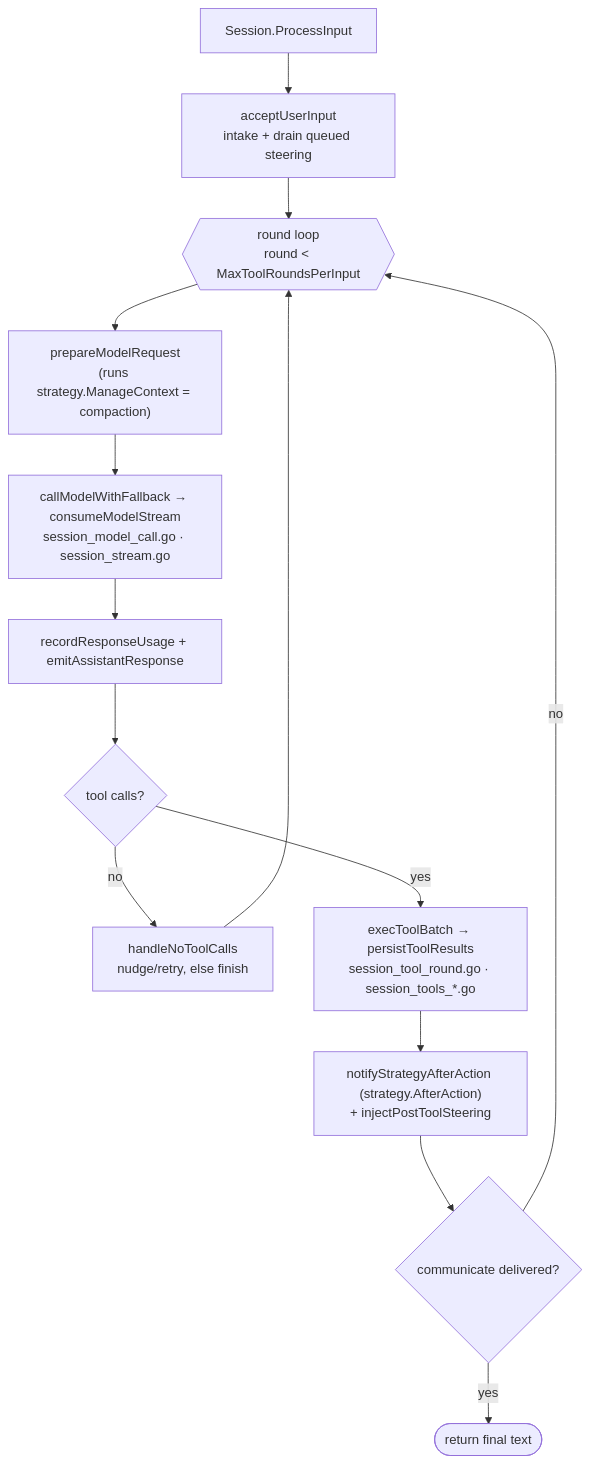
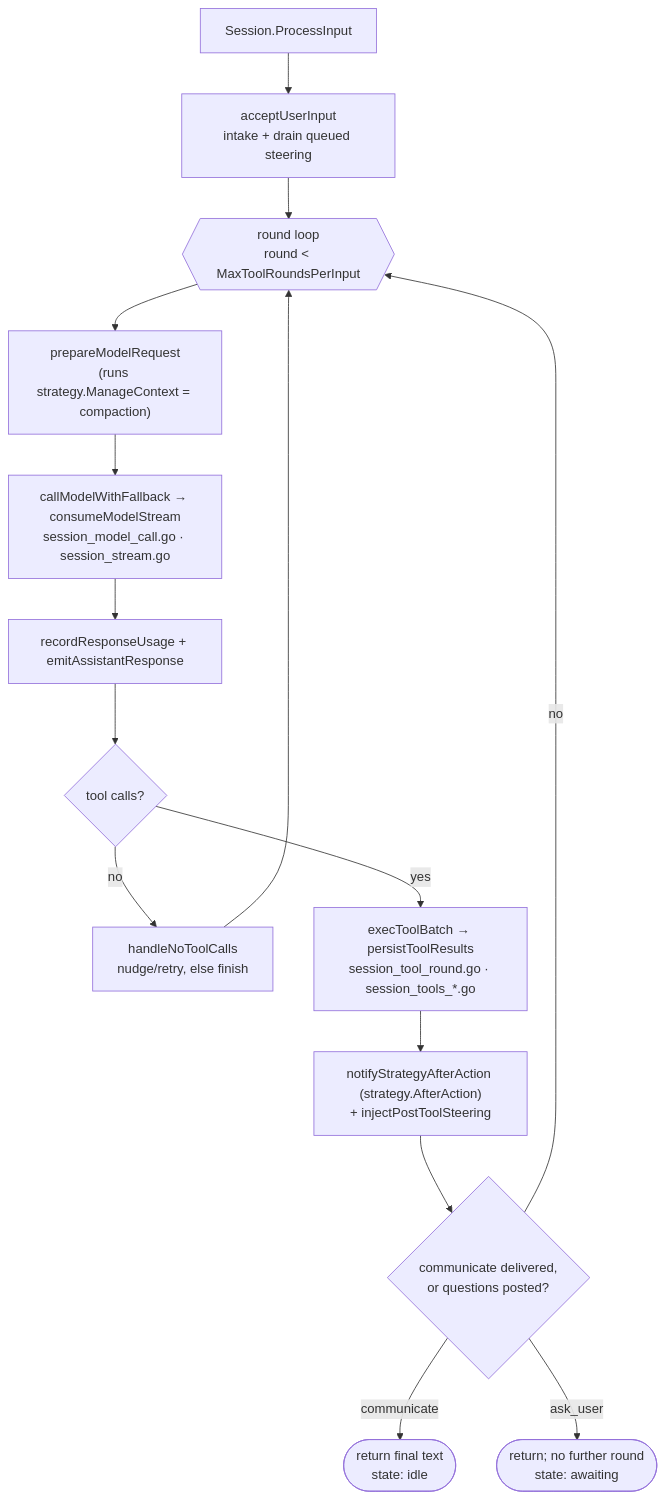
The second of 2 diagrams in docs/architecture.md (prime-radiant-inc/evener), drawn with Mermaid before and after one commit. The commit also changed other lines of this file and 4 other files, not shown here.

Commit message:
docs: ask_user across architecture, job-control, hooks, web-ui

````diff
--- a/docs/architecture.md
+++ b/docs/architecture.md
@@ -167,16 +168,17 @@
 ```mermaid
 flowchart TD
     PI["Session.ProcessInput"] --> AUI["acceptUserInput<br/>intake + drain queued steering"]
     AUI --> R{{"round loop<br/>round &lt; MaxToolRoundsPerInput"}}
     R --> PR["prepareModelRequest<br/>(runs strategy.ManageContext = compaction)"]
     PR --> MC["callModelWithFallback → consumeModelStream<br/>session_model_call.go · session_stream.go"]
     MC --> RU["recordResponseUsage + emitAssistantResponse"]
     RU --> TC{"tool calls?"}
     TC -->|no| HN["handleNoToolCalls<br/>nudge/retry, else finish"]
     HN --> R
     TC -->|yes| EX["execToolBatch → persistToolResults<br/>session_tool_round.go · session_tools_*.go"]
     EX --> AA["notifyStrategyAfterAction (strategy.AfterAction)<br/>+ injectPostToolSteering"]
-    AA --> DL{"communicate delivered?"}
-    DL -->|yes| DONE(["return final text"])
+    AA --> DL{"communicate delivered,<br/>or questions posted?"}
+    DL -->|communicate| DONE(["return final text<br/>state: idle"])
+    DL -->|ask_user| AWAIT(["return; no further round<br/>state: awaiting"])
     DL -->|no| R
 ```
````
